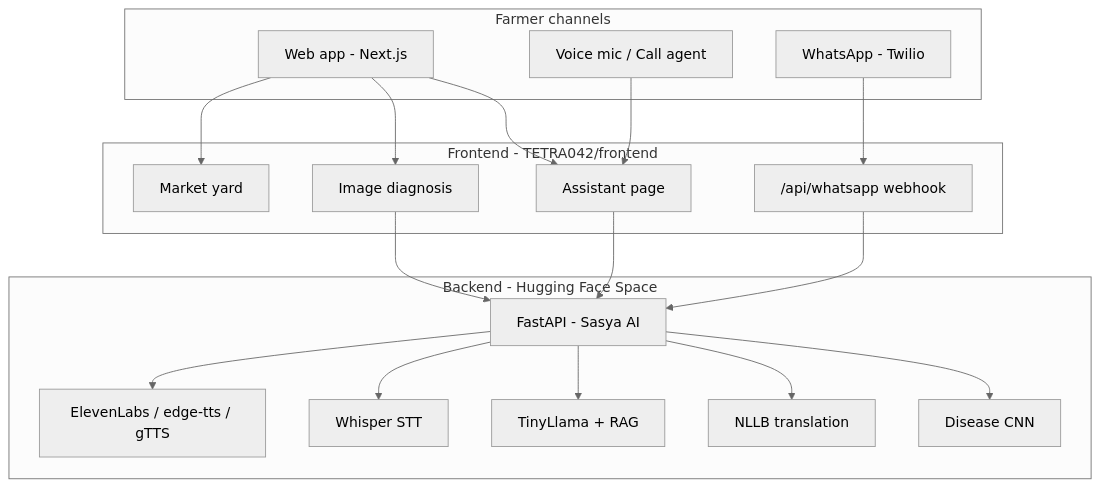
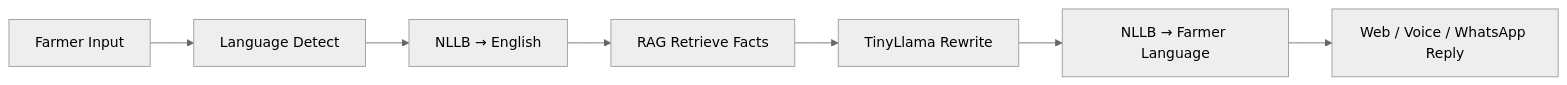
One commit to krushit1307/TETRA042 changed the diagram in README.md. Above: the diagram before and after it, drawn with Mermaid (neutral theme). The commit also changed other lines of this file and 11 other files, not shown here.

````diff
--- a/README.md
+++ b/README.md
@@ -63,31 +86,9 @@
 ```mermaid
-flowchart TB
-    subgraph channels [Farmer channels]
-        WEB[Web app - Next.js]
-        VOICE[Voice mic / Call agent]
-        WA[WhatsApp - Twilio]
-    end
-
-    subgraph frontend [Frontend - TETRA042/frontend]
-        ASST[Assistant page]
-        DIAG[Image diagnosis]
-        MKT[Market yard]
-        WAPI["/api/whatsapp webhook"]
-    end
-
-    subgraph backend [Backend - Hugging Face Space]
-        API[FastAPI - Sasya AI]
-        CNN[Disease CNN]
-        NLLB[NLLB translation]
-        LLM[TinyLlama + RAG]
-        WHISPER[Whisper STT]
-        TTS[ElevenLabs / edge-tts / gTTS]
-    end
-
-    WEB --> ASST & DIAG & MKT
-    VOICE --> ASST
-  WA --> WAPI
-    ASST & DIAG --> API
-    WAPI --> API
-    API --> CNN & NLLB & LLM & WHISPER & TTS
+flowchart LR
+    A[Farmer Input] --> B[Language Detect]
+    B --> C[NLLB → English]
+    C --> D[RAG Retrieve Facts]
+    D --> E[TinyLlama Rewrite]
+    E --> F[NLLB → Farmer Language]
+    F --> G[Web / Voice / WhatsApp Reply]
 ```
````
